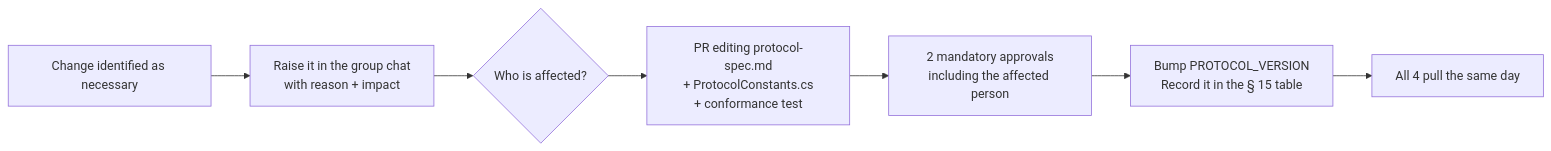
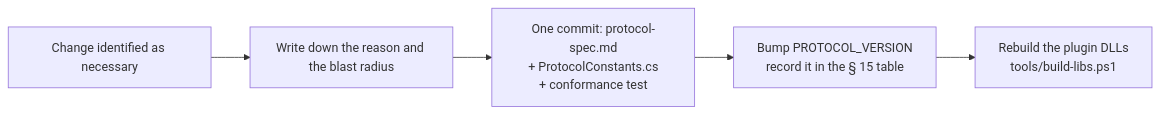
The diagram in plans/00-shared/conventions.md (Nghaiz/LTM), drawn with Mermaid before and after one commit. The commit also changed other lines of this file and 281 other files, not shown here.

````diff
--- a/plans/00-shared/conventions.md
+++ b/plans/00-shared/conventions.md
@@ -70,9 +72,7 @@
 ```mermaid
 flowchart LR
-    A[Change identified as necessary] --> B[Raise it in the group chat<br/>with reason + impact]
-    B --> C{Who is affected?}
-    C --> D[PR editing protocol-spec.md<br/>+ ProtocolConstants.cs<br/>+ conformance test]
-    D --> E[2 mandatory approvals<br/>including the affected person]
-    E --> F[Bump PROTOCOL_VERSION<br/>Record it in the § 15 table]
-    F --> G[All 4 pull the same day]
+    A[Change identified as necessary] --> B[Write down the reason and the blast radius]
+    B --> C[One commit: protocol-spec.md<br/>+ ProtocolConstants.cs<br/>+ conformance test]
+    C --> D[Bump PROTOCOL_VERSION<br/>record it in the § 15 table]
+    D --> E[Rebuild the plugin DLLs<br/>tools/build-libs.ps1]
 ```
````
